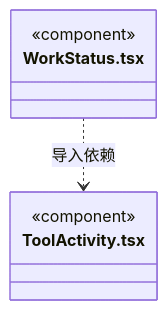
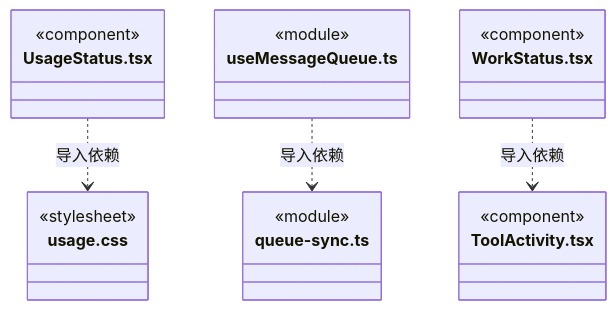
Before and after one commit to nan023062/cbim: diagram 40 of 41 in src/frontend/conversation/ARCHITECTURE.md, drawn with Mermaid. The commit also changed other lines of this file and 40 other files, not shown here.

````diff
--- a/src/frontend/conversation/ARCHITECTURE.md
+++ b/src/frontend/conversation/ARCHITECTURE.md
@@ -563,10 +631,24 @@
 ```mermaid
 classDiagram
+class N_src_frontend_conversation_UsageStatus_tsx["UsageStatus.tsx"] {
+  <<component>>
+}
+class N_src_frontend_conversation_usage_css["usage.css"] {
+  <<stylesheet>>
+}
+class N_src_frontend_conversation_useMessageQueue_ts["useMessageQueue.ts"] {
+  <<module>>
+}
+class N_src_frontend_conversation_queue_sync_ts["queue-sync.ts"] {
+  <<module>>
+}
 class N_src_frontend_conversation_WorkStatus_tsx["WorkStatus.tsx"] {
   <<component>>
 }
 class N_src_frontend_conversation_ToolActivity_tsx["ToolActivity.tsx"] {
   <<component>>
 }
+N_src_frontend_conversation_UsageStatus_tsx ..> N_src_frontend_conversation_usage_css : 导入依赖
+N_src_frontend_conversation_useMessageQueue_ts ..> N_src_frontend_conversation_queue_sync_ts : 导入依赖
 N_src_frontend_conversation_WorkStatus_tsx ..> N_src_frontend_conversation_ToolActivity_tsx : 导入依赖
 ```
````
